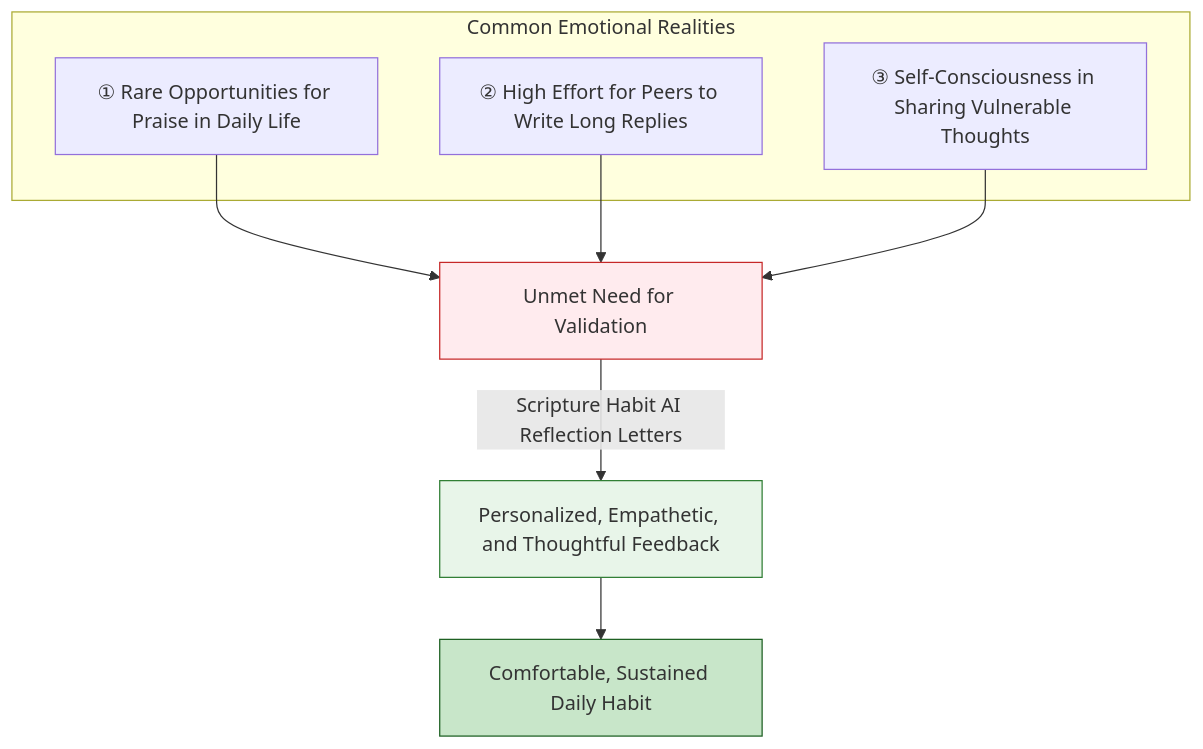
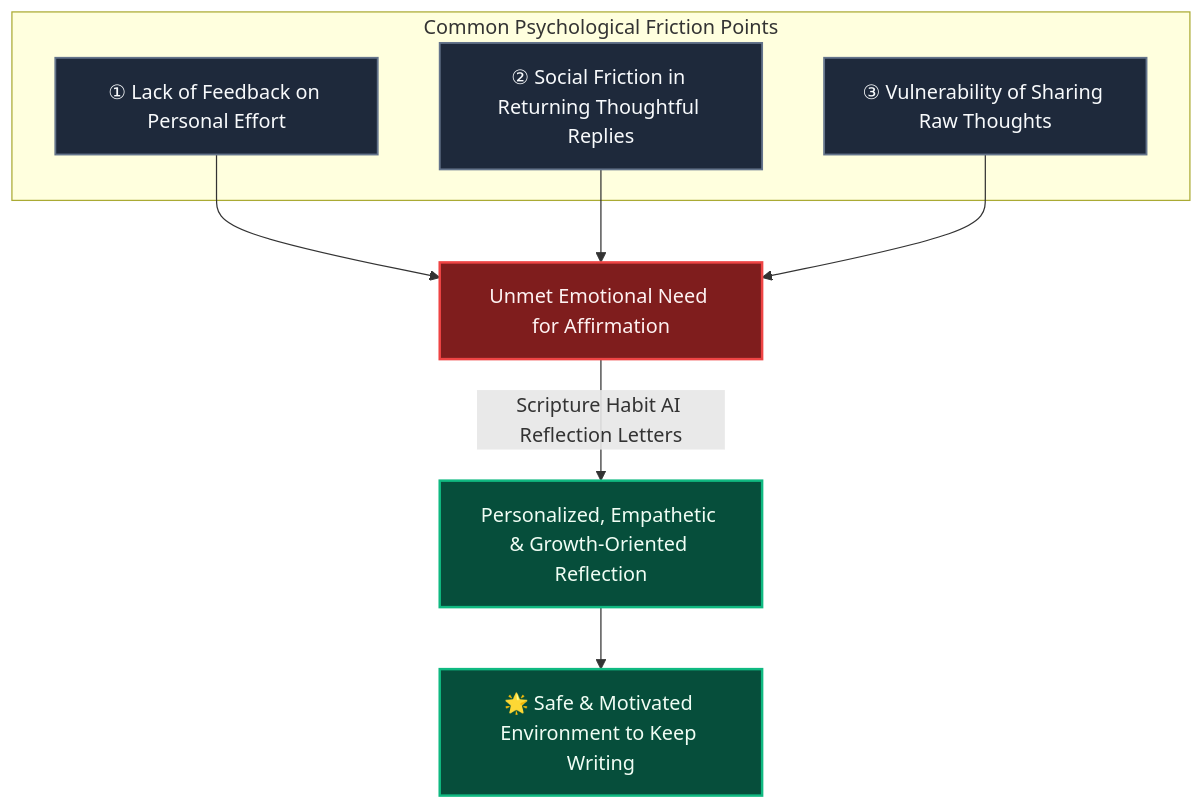
The diagram in docs/ux-ai-reflection-letters.md (ScriptureHabit/scripture-habit), drawn with Mermaid before and after one commit. The commit also changed 5 other files, not shown here.

Commit message:
docs: fix Mermaid contrast for full Dark & Light mode readability

````diff
--- a/docs/ux-ai-reflection-letters.md
+++ b/docs/ux-ai-reflection-letters.md
@@ -29,19 +29,19 @@
 ```mermaid
-graph TD
-    subgraph SG_Realities["Common Emotional Realities"]
-        A["① Rare Opportunities for Praise in Daily Life"]
-        B["② High Effort for Peers to Write Long Replies"]
-        C["③ Self-Consciousness in Sharing Vulnerable Thoughts"]
+flowchart TD
+    classDef default fill:#1e293b,stroke:#64748b,stroke-width:1.5px,color:#f8fafc;
+    classDef issue fill:#7f1d1d,stroke:#ef4444,stroke-width:2px,color:#fef2f2;
+    classDef good fill:#064e3b,stroke:#10b981,stroke-width:2px,color:#f0fdf4;
+
+    subgraph SG_Gap["Common Psychological Friction Points"]
+        A["① Lack of Feedback on Personal Effort"]:::default
+        B["② Social Friction in Returning Thoughtful Replies"]:::default
+        C["③ Vulnerability of Sharing Raw Thoughts"]:::default
     end
 
-    A --> D["Unmet Need for Validation"]
+    A --> D["Unmet Emotional Need for Affirmation"]:::issue
     B --> D
     C --> D
 
-    D -->|"Scripture Habit AI Reflection Letters"| E["Personalized, Empathetic, and Thoughtful Feedback"]
-    E --> F["Comfortable, Sustained Daily Habit"]
-
-    style D fill:#ffebee,stroke:#c62828,stroke-width:1px
-    style E fill:#e8f5e9,stroke:#2e7d32,stroke-width:1px
-    style F fill:#c8e6c9,stroke:#1b5e20,stroke-width:1px
+    D -->|"Scripture Habit AI Reflection Letters"| E["Personalized, Empathetic & Growth-Oriented Reflection"]:::good
+    E --> F["🌟 Safe & Motivated Environment to Keep Writing"]:::good
 ```
````
